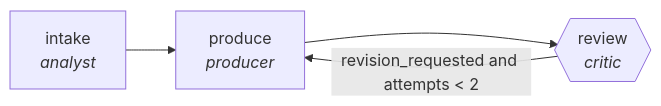
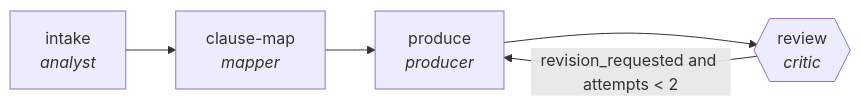
Before and after one commit to ypollak2/agenticgraphs: the diagram in docs/traces/policy-compliance-check.md, drawn with Mermaid. The commit also changed other lines of this file and 62 other files, not shown here.

````diff
--- a/docs/traces/policy-compliance-check.md
+++ b/docs/traces/policy-compliance-check.md
@@ -10,9 +10,11 @@
 ```mermaid
 flowchart LR
     N0["intake<br/><i>analyst</i>"]
-    N1["produce<br/><i>producer</i>"]
-    N2{{"review<br/><i>critic</i>"}}
+    N1["clause-map<br/><i>mapper</i>"]
+    N2["produce<br/><i>producer</i>"]
+    N3{{"review<br/><i>critic</i>"}}
     N0 --> N1
     N1 --> N2
-    N2 -->|revision_requested and attempts < 2| N1
+    N2 --> N3
+    N3 -->|revision_requested and attempts < 2| N2
 ```
````
